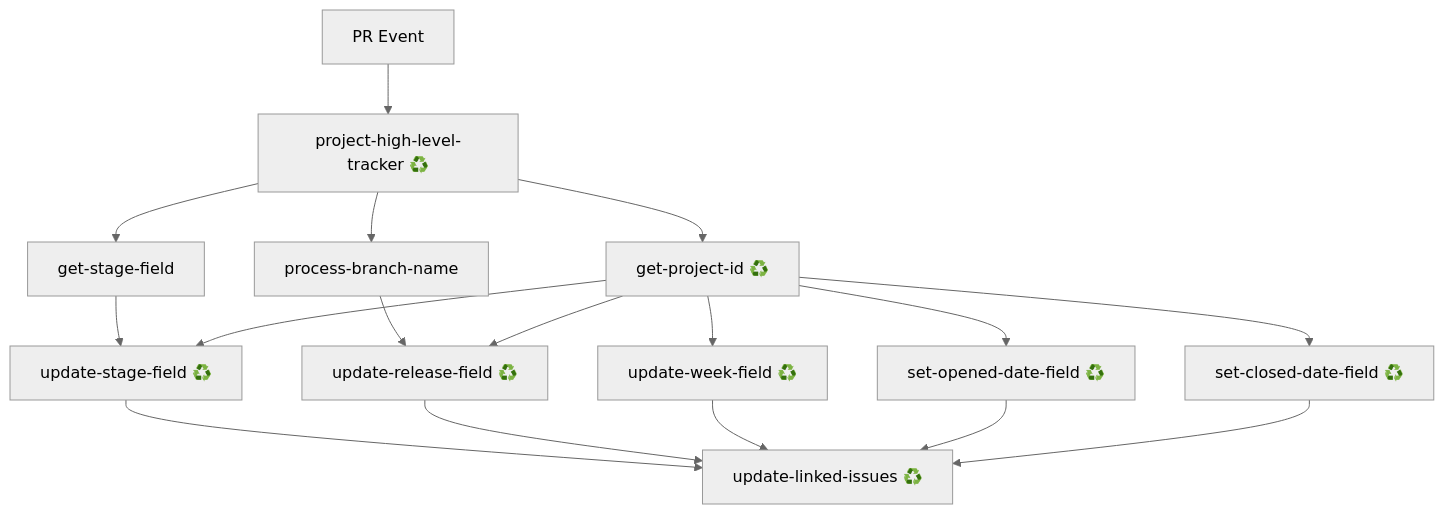
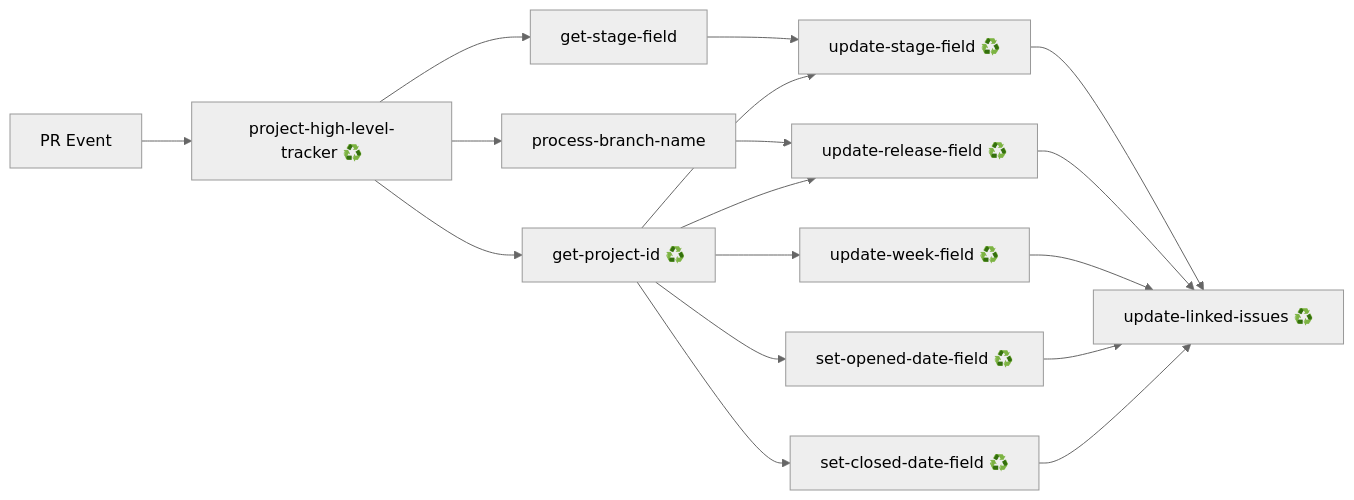
The diagram in docs/project-automation-readme.md (rapidsai/shared-workflows), drawn with Mermaid (neutral theme) before and after one commit.

Commit message:
Update mermaid to LR  from TD

````diff
--- a/docs/project-automation-readme.md
+++ b/docs/project-automation-readme.md
@@ -24,19 +24,19 @@
 ```mermaid
-flowchart TD
+flowchart LR
     A[PR Event] --> B[project-high-level-tracker ♻️]
     B --> C[process-branch-name]
     B --> D[get-stage-field]
     B --> E[get-project-id ♻️]
     D --> F[update-stage-field ♻️]
     C --> G[update-release-field ♻️]
     E --> G
     E --> F
     E --> H[update-week-field ♻️]
     E --> I[set-opened-date-field ♻️]
     E --> J[set-closed-date-field ♻️]
     F --> K[update-linked-issues ♻️]
     G --> K
     H --> K
     I --> K
     J --> K
 ```
````
